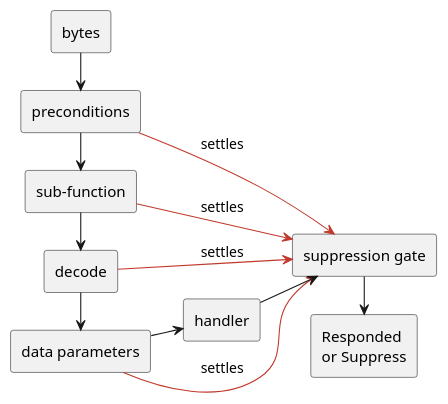
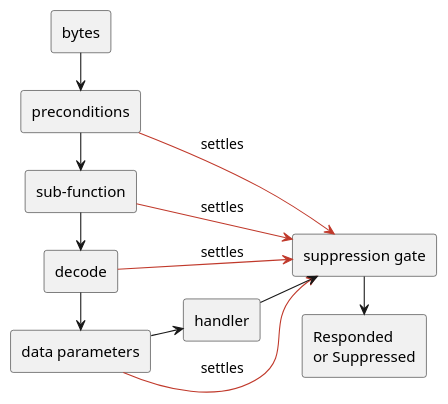
Before and after one commit to luminartech/uds_stack: the first of 3 diagrams in docs/architecture/dispatch.rst, drawn with PlantUML. The commit also changed other lines of this file and 9 other files, not shown here.

```diff
--- a/docs/architecture/dispatch.rst
+++ b/docs/architecture/dispatch.rst
@@ -26,26 +26,26 @@
    .. uml::
       :align: center
 
       @startuml
       left to right direction
       rectangle "bytes" as B
       rectangle "preconditions" as P
       rectangle "sub-function" as SF
       rectangle "decode" as D
       rectangle "data parameters" as DP
       rectangle "handler" as H
       rectangle "suppression gate" as G
-      rectangle "Responded\nor Suppress" as O
+      rectangle "Responded\nor Suppressed" as O
 
       B -> P
       P -> SF
       SF -> D
       D -> DP
       DP -> H
       D -[#C0392B]-> G : settles
       P -[#C0392B]-> G : settles
       SF -[#C0392B]-> G : settles
       DP -[#C0392B]-> G : settles
       H -> G
       G -> O
       @enduml
```
